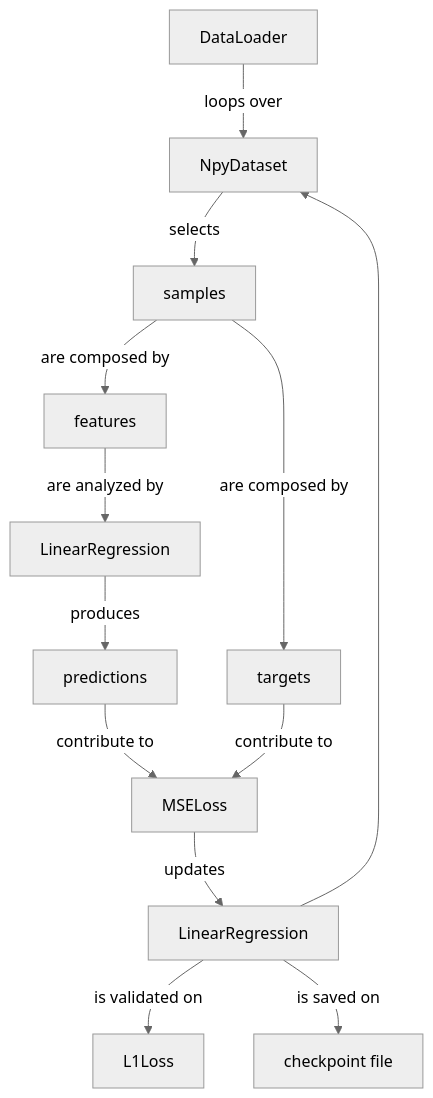
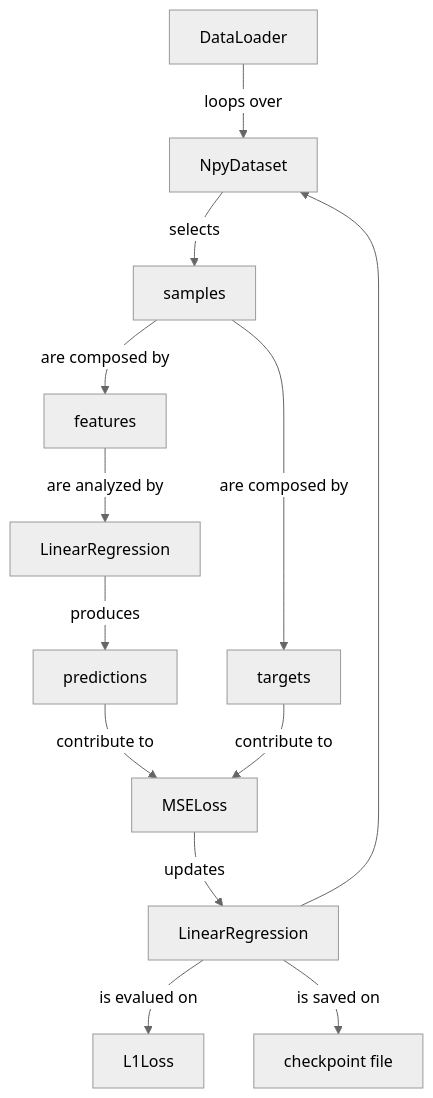
Before and after one commit to nextbitlabs/pytorch-template: the second of 3 diagrams in README.md, drawn with Mermaid (neutral theme). The commit also changed other lines of this file, not shown here.

````diff
--- a/README.md
+++ b/README.md
@@ -144,15 +144,15 @@
 ```mermaid
 graph TD;
     DataLoader-->|loops over|NpyDataset
     NpyDataset-->|selects|samples
     samples-->|are composed by|features
     samples-->|are composed by|targets
     features-->|are analyzed by|LinearRegression1[LinearRegression]
     LinearRegression1-->|produces|predictions
     predictions-->|contribute to|MSELoss
     targets-->|contribute to|MSELoss
     MSELoss-->|updates|LinearRegression2[LinearRegression]
     LinearRegression2-->NpyDataset
-    LinearRegression2-->|is validated on|L1Loss
+    LinearRegression2-->|is evalued on|L1Loss
     LinearRegression2-->|is saved on|checkpoint[checkpoint file]
 ```
````
